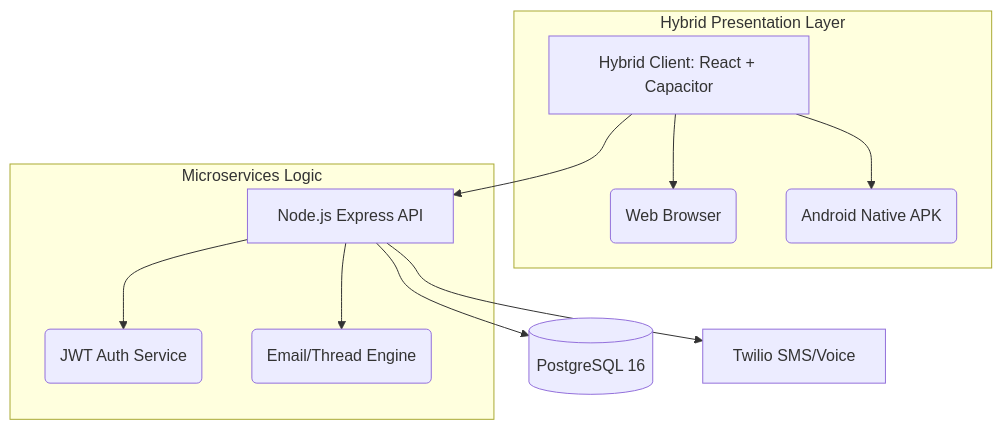
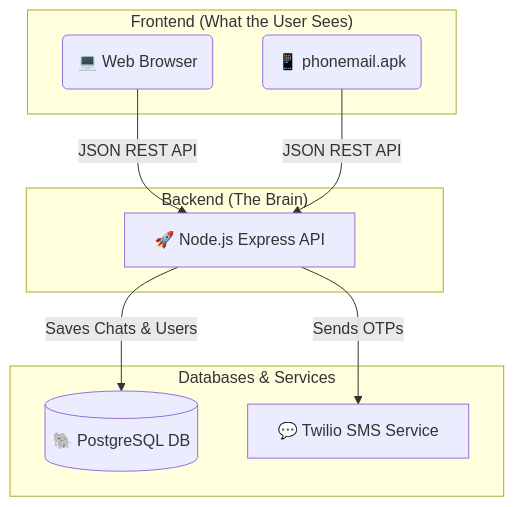
The diagram in README.md (bitswizard3/PhoneMail), drawn with Mermaid before and after one commit. The commit also changed other lines of this file, not shown here.

Commit message:
Enhance README with animated student pitch and phonemail.apk instructions

````diff
--- a/README.md
+++ b/README.md
@@ -73,16 +83,22 @@
 ```mermaid
 graph TD
-    Client[Hybrid Client: React + Capacitor] --> API[Node.js Express API]
-    API --> PG[(PostgreSQL 16)]
-    API --> Twilio[Twilio SMS/Voice]
-    
-    subgraph Frontend [Hybrid Presentation Layer]
-        Client --> Web(Web Browser)
-        Client --> APK(Android Native APK)
+    subgraph "Frontend (What the User Sees)"
+        Web(💻 Web Browser)
+        APK(📱 phonemail.apk)
     end
     
-    subgraph Backend [Microservices Logic]
-        API --> Auth(JWT Auth Service)
-        API --> Email(Email/Thread Engine)
+    subgraph "Backend (The Brain)"
+        API[🚀 Node.js Express API]
     end
+    
+    subgraph "Databases & Services"
+        PG[(🐘 PostgreSQL DB)]
+        Twilio[💬 Twilio SMS Service]
+    end
+
+    Web -->|JSON REST API| API
+    APK -->|JSON REST API| API
+    
+    API -->|Saves Chats & Users| PG
+    API -->|Sends OTPs| Twilio
 ```
````
